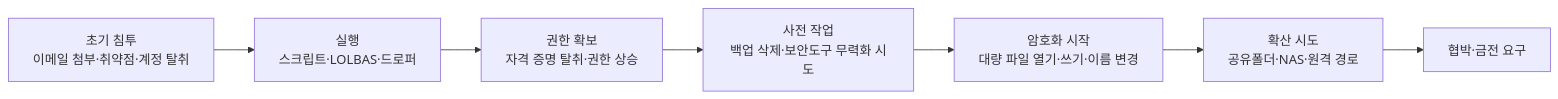
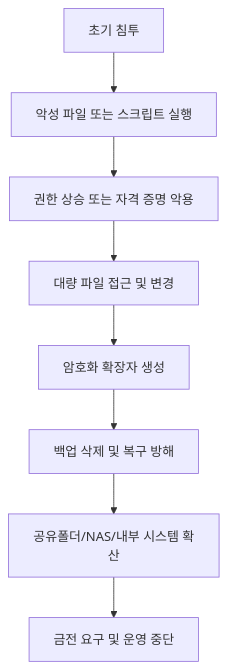
One commit to qubitsec/blog changed the diagram in content/ko/column/why-plura-xdr-merit-ransomware.md. Above: the diagram before and after it, drawn with Mermaid. The commit also changed other lines of this file, not shown here.

````diff
--- a/content/ko/column/why-plura-xdr-merit-ransomware.md
+++ b/content/ko/column/why-plura-xdr-merit-ransomware.md
@@ -65,9 +76,10 @@
 ```mermaid
-flowchart LR
-    A[초기 침투<br/>이메일 첨부·취약점·계정 탈취] --> B[실행<br/>스크립트·LOLBAS·드로퍼]
-    B --> C[권한 확보<br/>자격 증명 탈취·권한 상승]
-    C --> D[사전 작업<br/>백업 삭제·보안도구 무력화 시도]
-    D --> E[암호화 시작<br/>대량 파일 열기·쓰기·이름 변경]
-    E --> F[확산 시도<br/>공유폴더·NAS·원격 경로]
-    F --> G[협박·금전 요구]
+flowchart TD
+    A[초기 침투] --> B[악성 파일 또는 스크립트 실행]
+    B --> C[권한 상승 또는 자격 증명 악용]
+    C --> D[대량 파일 접근 및 변경]
+    D --> E[암호화 확장자 생성]
+    E --> F[백업 삭제 및 복구 방해]
+    F --> G[공유폴더/NAS/내부 시스템 확산]
+    G --> H[금전 요구 및 운영 중단]
 ```
````
